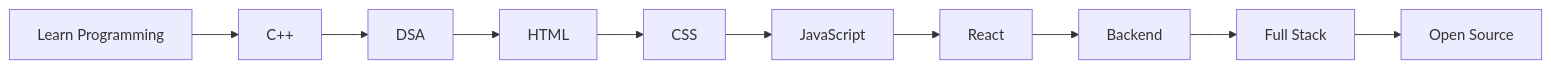
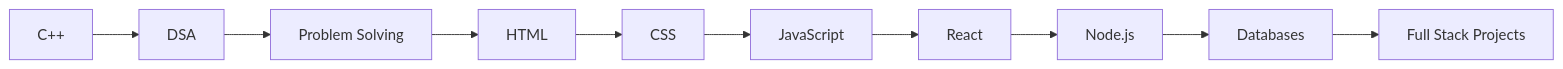
The diagram in README.md (Ayush-apt/Ayush-apt), drawn with Mermaid before and after one commit. The commit also changed other lines of this file, not shown here.

````diff
--- a/README.md
+++ b/README.md
@@ -41,22 +43,12 @@
 ```mermaid
 flowchart LR
-
-A[Learn Programming]
---> B[C++]
-
-B --> C[DSA]
-
-C --> D[HTML]
-
-D --> E[CSS]
-
-E --> F[JavaScript]
-
-F --> G[React]
-
-G --> H[Backend]
-
-H --> I[Full Stack]
-
-I --> J[Open Source]
+A[C++]-->B[DSA]
+B-->C[Problem Solving]
+C-->D[HTML]
+D-->E[CSS]
+E-->F[JavaScript]
+F-->G[React]
+G-->H[Node.js]
+H-->I[Databases]
+I-->J[Full Stack Projects]
 ```
````
